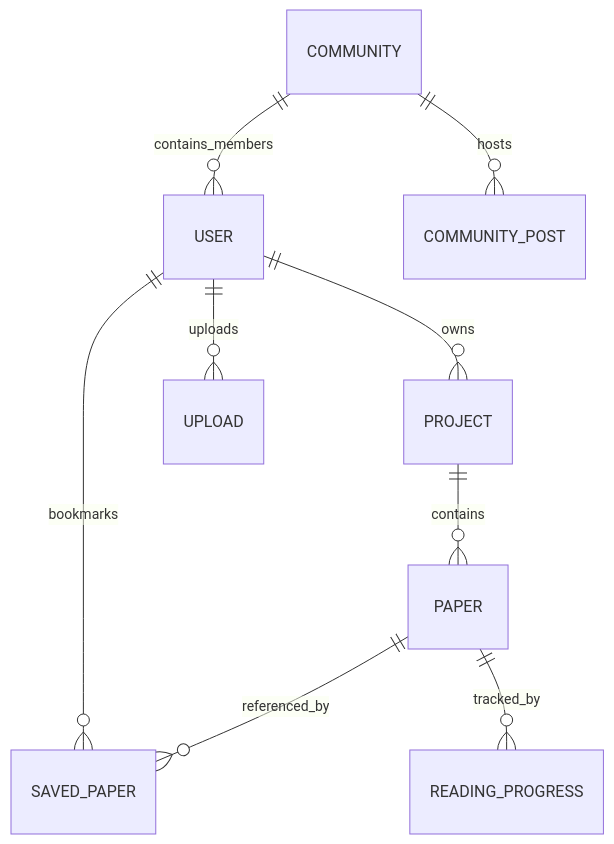
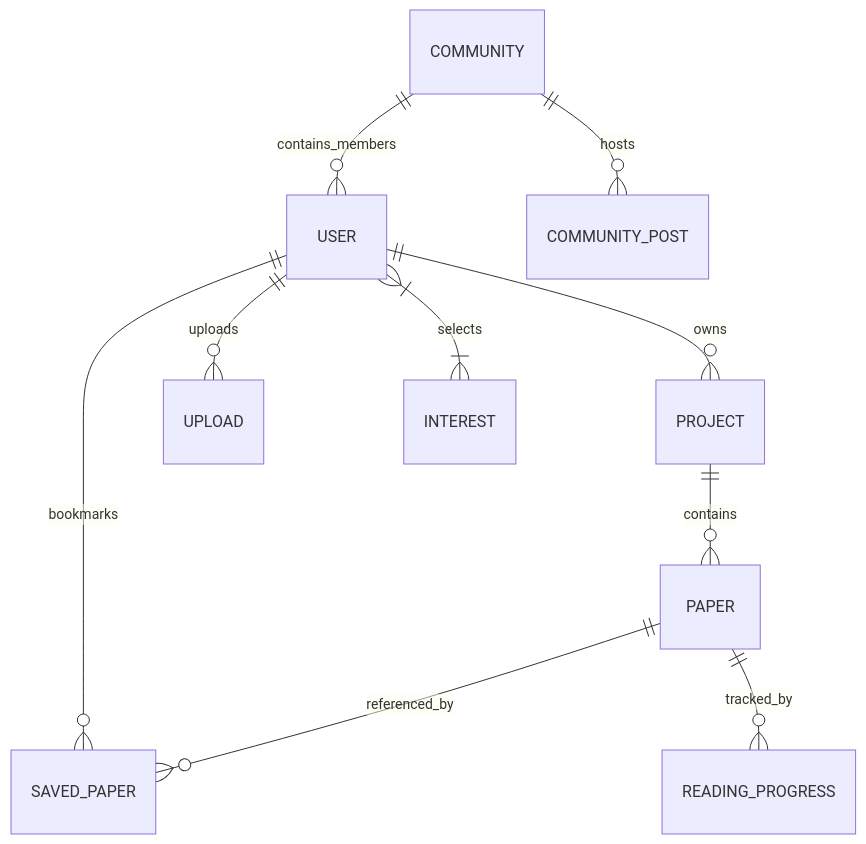
Before and after one commit to abhishek18-blog/Abstracts-researchHub: the second of 2 diagrams in documentation.md, drawn with Mermaid. The commit also changed other lines of this file and 4 other files, not shown here.

````diff
--- a/documentation.md
+++ b/documentation.md
@@ -41,11 +43,12 @@
 ```mermaid
 erDiagram
     USER ||--o{ PROJECT : owns
     USER ||--o{ SAVED_PAPER : bookmarks
     USER ||--o{ UPLOAD : uploads
+    USER }|--|{ INTEREST : selects
     PAPER ||--o{ SAVED_PAPER : referenced_by
     PAPER ||--o{ READING_PROGRESS : tracked_by
     PROJECT ||--o{ PAPER : contains
     COMMUNITY ||--o{ USER : contains_members
     COMMUNITY ||--o{ COMMUNITY_POST : hosts
 ```
````
